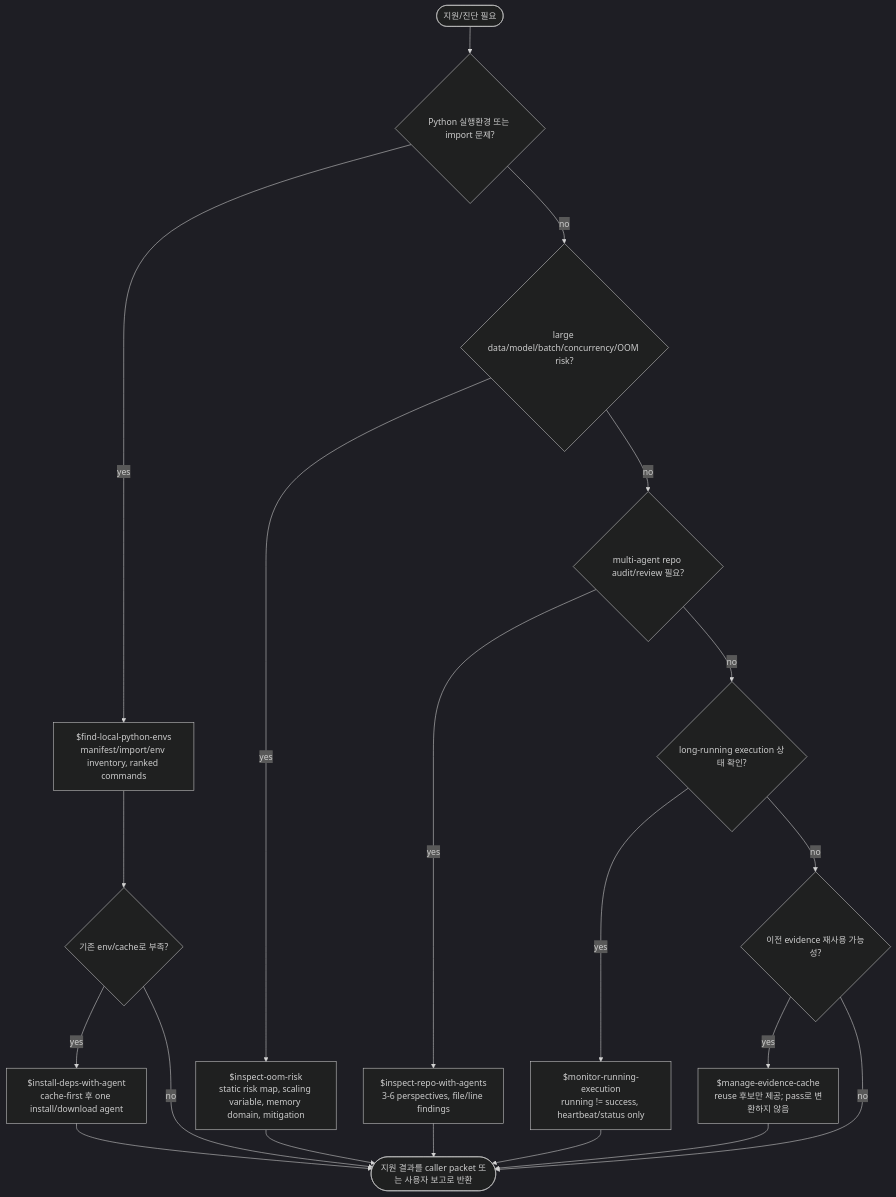
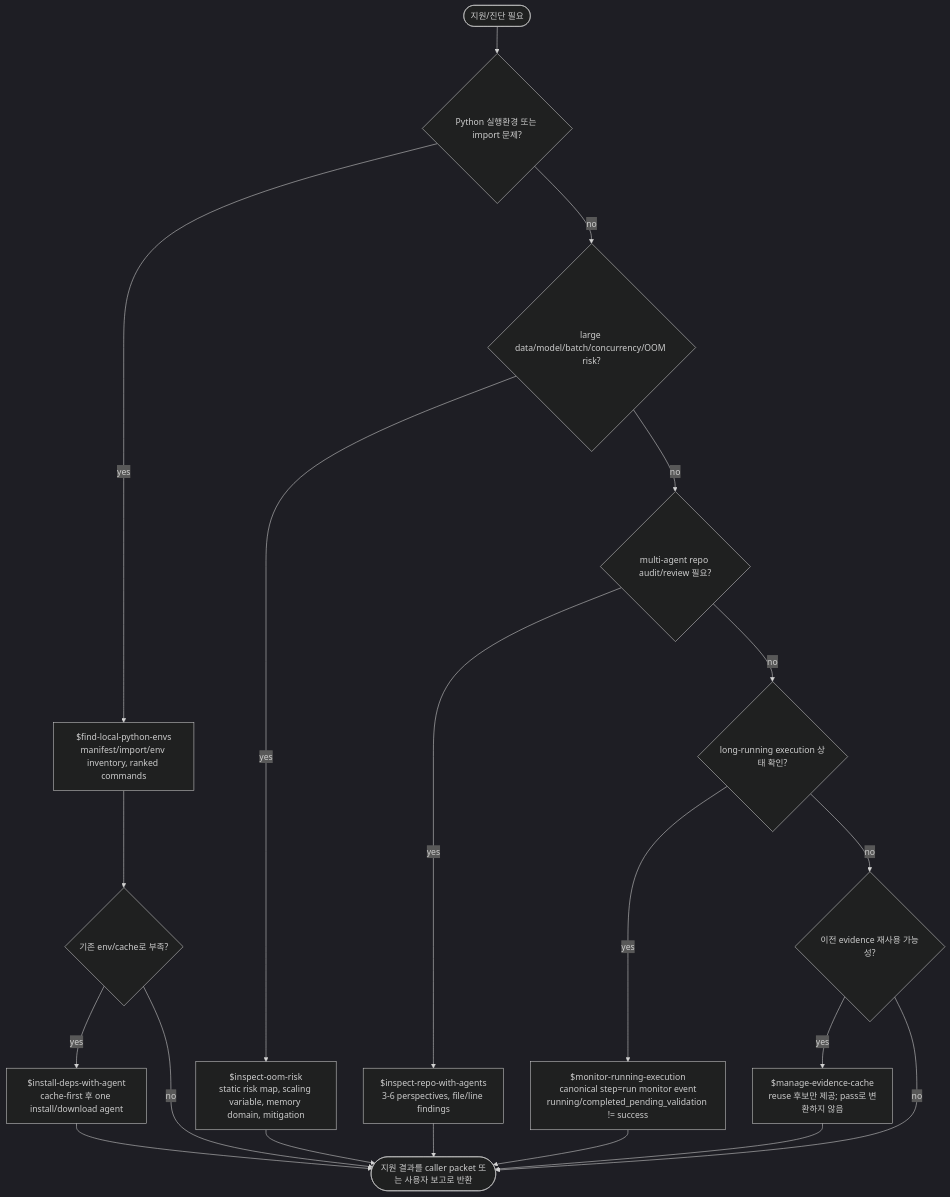
One commit to sw1029/workflow_swfool changed the sixth of 7 diagrams in README.md. Above: the diagram before and after it, drawn with Mermaid (dark theme). The commit also changed other lines of this file, not shown here.

````diff
--- a/README.md
+++ b/README.md
@@ -259,31 +268,31 @@
 ```mermaid
 flowchart TD
   Need([지원/진단 필요])
   PythonNeed{"Python 실행환경 또는 import 문제?"}
   Env["$find-local-python-envs<br/>manifest/import/env inventory, ranked commands"]
   InstallNeed{"기존 env/cache로 부족?"}
   Install["$install-deps-with-agent<br/>cache-first 후 one install/download agent"]
   OOMNeed{"large data/model/batch/concurrency/OOM risk?"}
   OOM["$inspect-oom-risk<br/>static risk map, scaling variable, memory domain, mitigation"]
   RepoReviewNeed{"multi-agent repo audit/review 필요?"}
   RepoReview["$inspect-repo-with-agents<br/>3-6 perspectives, file/line findings"]
   RunNeed{"long-running execution 상태 확인?"}
-  Monitor["$monitor-running-execution<br/>running != success, heartbeat/status only"]
+  Monitor["$monitor-running-execution<br/>canonical step=run monitor event<br/>running/completed_pending_validation != success"]
   EvidenceNeed{"이전 evidence 재사용 가능성?"}
   Cache["$manage-evidence-cache<br/>reuse 후보만 제공; pass로 변환하지 않음"]
   Output([지원 결과를 caller packet 또는 사용자 보고로 반환])
 
   Need --> PythonNeed
   PythonNeed -- yes --> Env --> InstallNeed
   InstallNeed -- yes --> Install --> Output
   InstallNeed -- no --> Output
   PythonNeed -- no --> OOMNeed
   OOMNeed -- yes --> OOM --> Output
   OOMNeed -- no --> RepoReviewNeed
   RepoReviewNeed -- yes --> RepoReview --> Output
   RepoReviewNeed -- no --> RunNeed
   RunNeed -- yes --> Monitor --> Output
   RunNeed -- no --> EvidenceNeed
   EvidenceNeed -- yes --> Cache --> Output
   EvidenceNeed -- no --> Output
 ```
````
